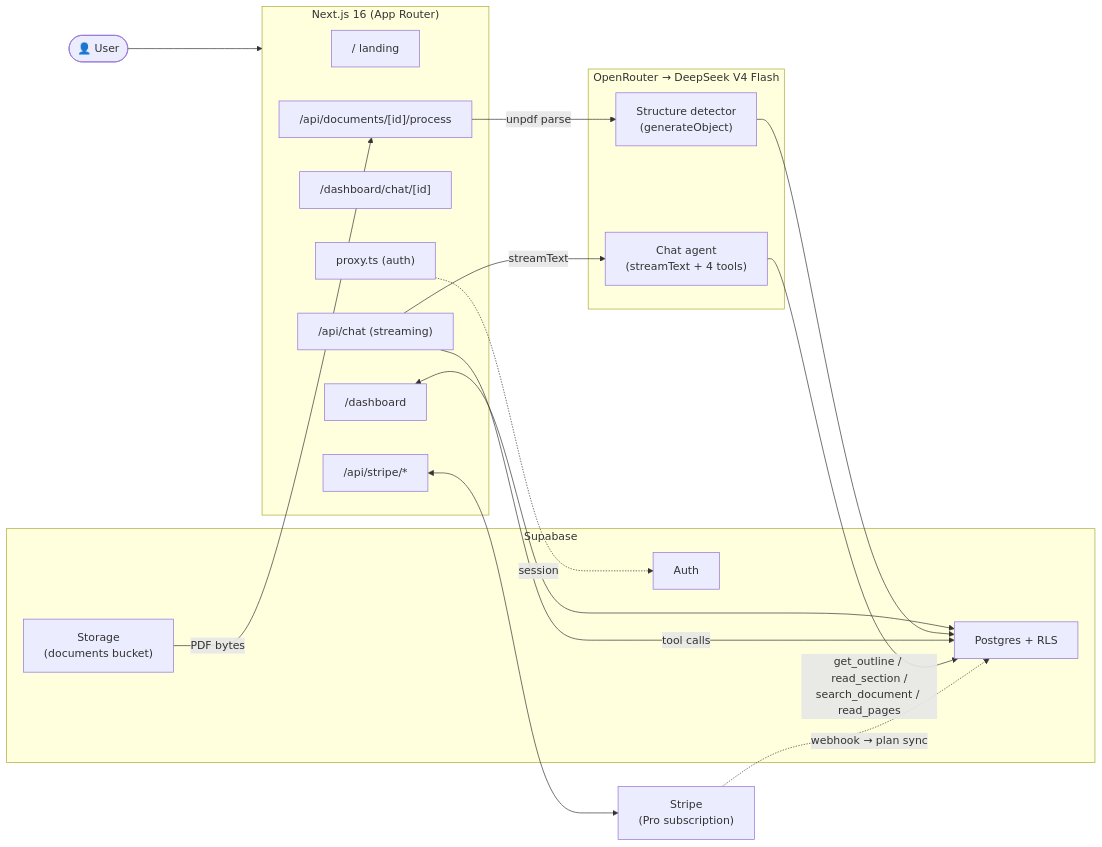
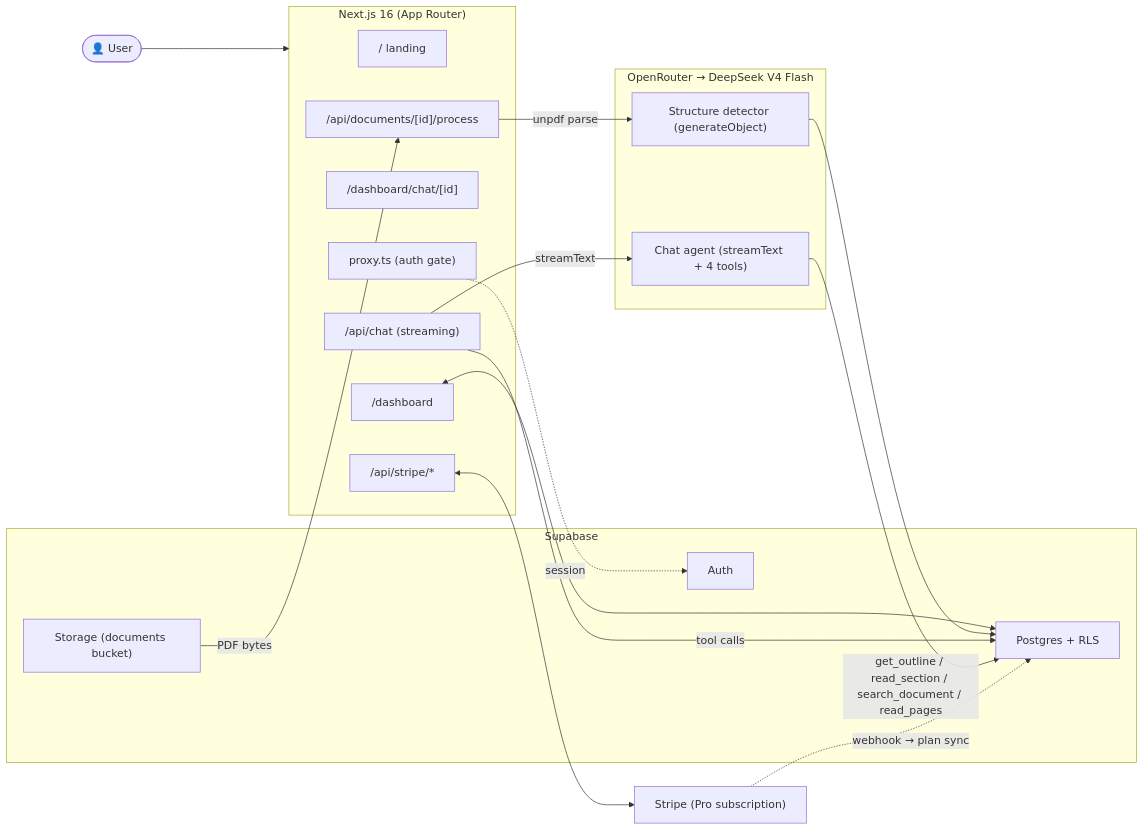
The diagram in README.md (RakibulIslamm/docu_mind), drawn with Mermaid before and after one commit. The commit also changed other lines of this file and 4 other files, not shown here.

````diff
--- a/README.md
+++ b/README.md
@@ -52,34 +70,35 @@
 ```mermaid
 flowchart LR
   user(["👤 User"])
   subgraph next["Next.js 16 (App Router)"]
     landing["/ landing"]
     dash["/dashboard"]
     chat["/dashboard/chat/[id]"]
     api_chat["/api/chat (streaming)"]
     api_proc["/api/documents/[id]/process"]
     api_stripe["/api/stripe/*"]
-    proxy["proxy.ts (auth)"]
+    proxy["proxy.ts (auth gate)"]
   end
   subgraph supa["Supabase"]
     auth["Auth"]
     pg["Postgres + RLS"]
-    storage["Storage<br/>(documents bucket)"]
+    storage["Storage (documents bucket)"]
   end
   subgraph llm["OpenRouter → DeepSeek V4 Flash"]
-    detect["Structure detector<br/>(generateObject)"]
-    agent["Chat agent<br/>(streamText + 4 tools)"]
+    detect["Structure detector (generateObject)"]
+    agent["Chat agent (streamText + 4 tools)"]
   end
+  stripe["Stripe (Pro subscription)"]
 
   user --> next
   proxy -.session.-> auth
   dash <--> pg
   api_proc -- "unpdf parse" --> detect
   detect --> pg
   api_chat -- "tool calls" --> pg
   api_chat -- "streamText" --> agent
-  agent -- "get_outline / read_section /<br/>search_document / read_pages" --> pg
+  agent -- "get_outline / read_section / search_document / read_pages" --> pg
   storage -- "PDF bytes" --> api_proc
-  api_stripe <--> stripe["Stripe<br/>(Pro subscription)"]
+  api_stripe <--> stripe
   stripe -. "webhook → plan sync" .-> pg
 ```
````
